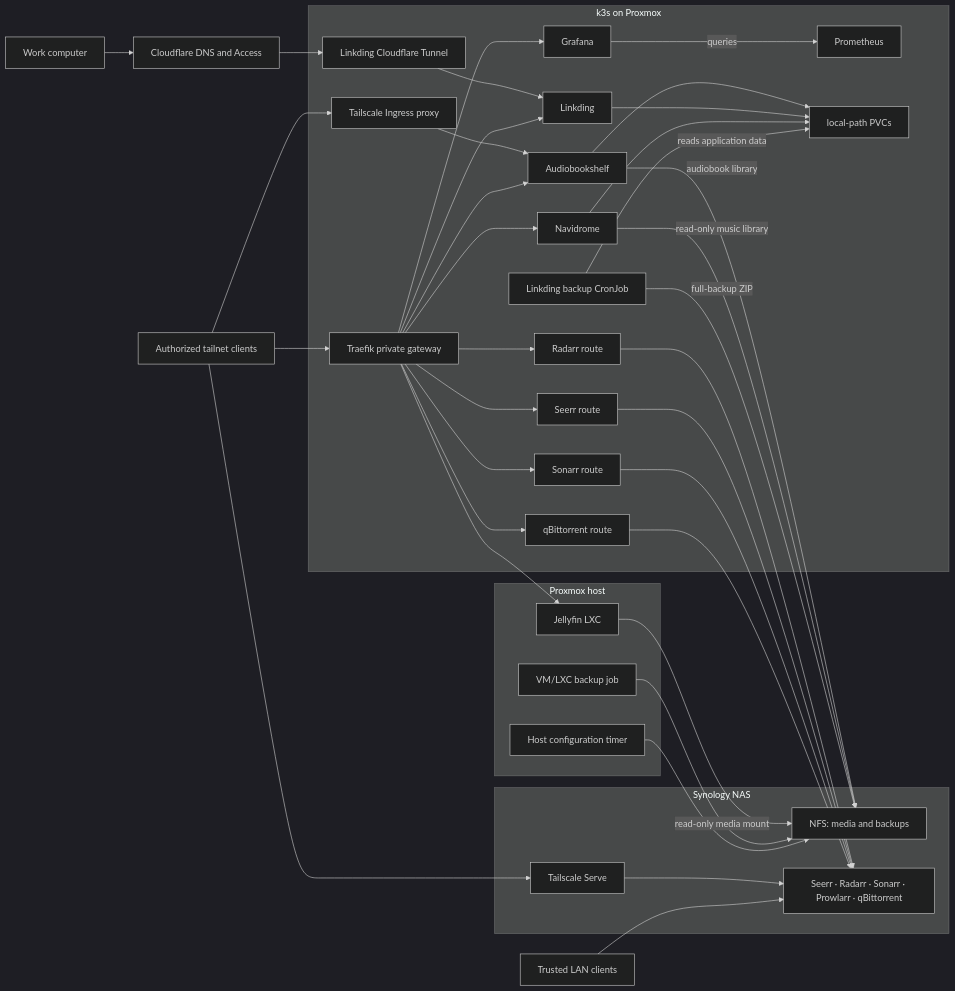
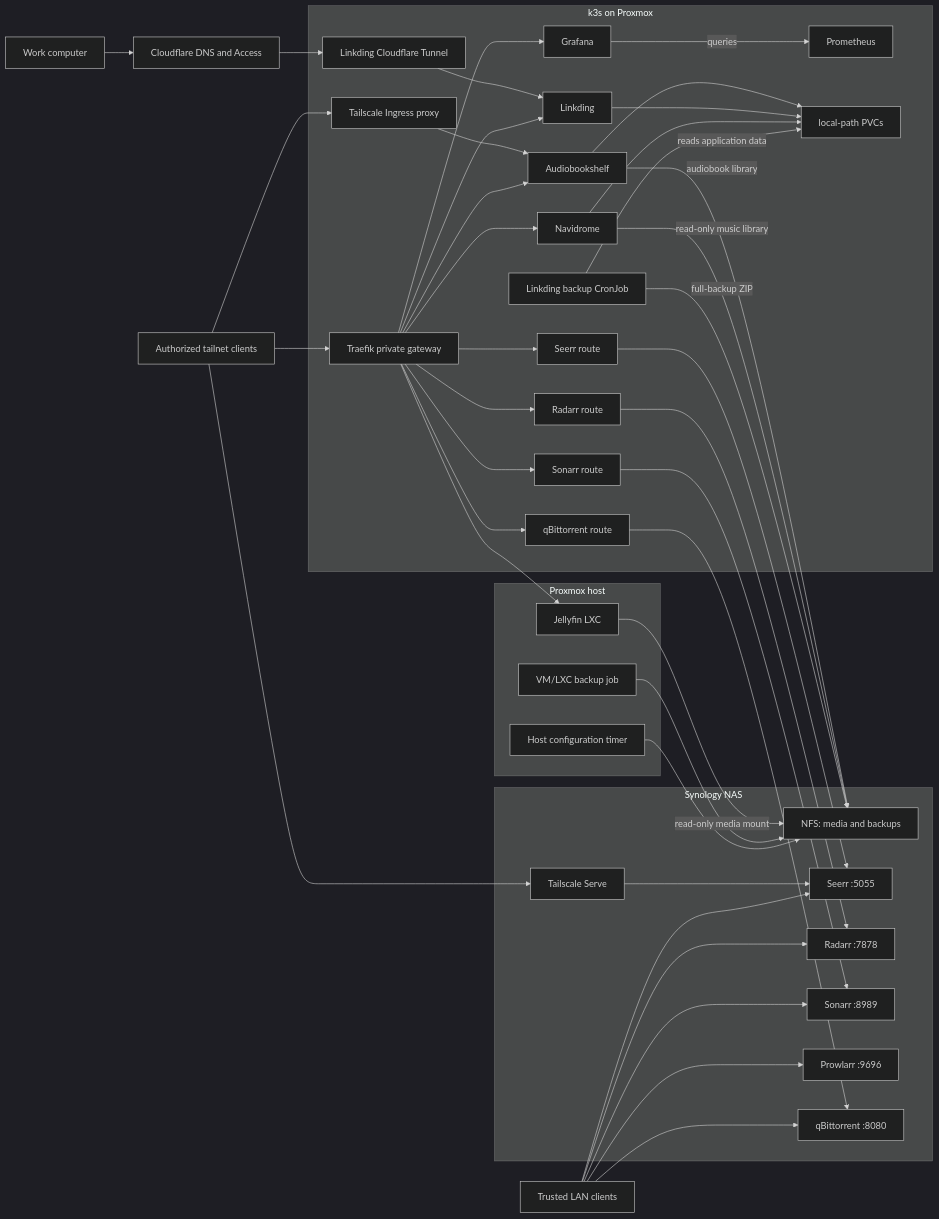
The second of 2 diagrams in README.md (vitaly-guzun/homelab), drawn with Mermaid (dark theme) before and after one commit. The commit also changed other lines of this file and 3 other files, not shown here.

````diff
--- a/README.md
+++ b/README.md
@@ -90,63 +90,71 @@
 ```mermaid
 flowchart LR
     WorkComputer["Work computer"]
     Tailnet["Authorized tailnet clients"]
     LAN["Trusted LAN clients"]
     CloudflareAccess["Cloudflare DNS and Access"]
 
     subgraph K3s["k3s on Proxmox"]
         Cloudflared["Linkding Cloudflare Tunnel"]
         TSIngress["Tailscale Ingress proxy"]
         Gateway["Traefik private gateway"]
         Audiobookshelf["Audiobookshelf"]
         Linkding["Linkding"]
         Navidrome["Navidrome"]
         RadarrGateway["Radarr route"]
         SeerrGateway["Seerr route"]
         SonarrGateway["Sonarr route"]
         TorrentGateway["qBittorrent route"]
         Grafana["Grafana"]
         Prometheus["Prometheus"]
         LocalPVC["local-path PVCs"]
         LinkdingBackup["Linkding backup CronJob"]
     end
 
     subgraph Proxmox["Proxmox host"]
         Jellyfin["Jellyfin LXC"]
         GuestBackup["VM/LXC backup job"]
         ConfigBackup["Host configuration timer"]
     end
 
     subgraph NAS["Synology NAS"]
         NFS["NFS: media and backups"]
-        Media["Seerr · Radarr · Sonarr · Prowlarr · qBittorrent"]
+        Seerr["Seerr :5055"]
+        Radarr["Radarr :7878"]
+        Sonarr["Sonarr :8989"]
+        Prowlarr["Prowlarr :9696"]
+        QBittorrent["qBittorrent :8080"]
         TSServe["Tailscale Serve"]
     end
 
     WorkComputer --> CloudflareAccess --> Cloudflared --> Linkding
     Tailnet --> TSIngress
     TSIngress --> Audiobookshelf
     Tailnet --> Gateway
     Gateway --> Audiobookshelf
     Gateway --> Linkding
     Gateway --> Navidrome
-    Gateway --> RadarrGateway --> Media
-    Gateway --> SeerrGateway --> Media
-    Gateway --> SonarrGateway --> Media
-    Gateway --> TorrentGateway --> Media
+    Gateway --> RadarrGateway --> Radarr
+    Gateway --> SeerrGateway --> Seerr
+    Gateway --> SonarrGateway --> Sonarr
+    Gateway --> TorrentGateway --> QBittorrent
     Gateway --> Grafana
     Gateway --> Jellyfin
-    Tailnet --> TSServe --> Media
-    LAN --> Media
+    Tailnet --> TSServe --> Seerr
+    LAN --> Seerr
+    LAN --> Radarr
+    LAN --> Sonarr
+    LAN --> Prowlarr
+    LAN --> QBittorrent
     Audiobookshelf --> LocalPVC
     Linkding --> LocalPVC
     Navidrome --> LocalPVC
     Audiobookshelf -->|"audiobook library"| NFS
     Navidrome -->|"read-only music library"| NFS
     Grafana -->|"queries"| Prometheus
     Jellyfin -->|"read-only media mount"| NFS
     LinkdingBackup -->|"reads application data"| LocalPVC
     LinkdingBackup -->|"full-backup ZIP"| NFS
     GuestBackup --> NFS
     ConfigBackup --> NFS
 ```
````
